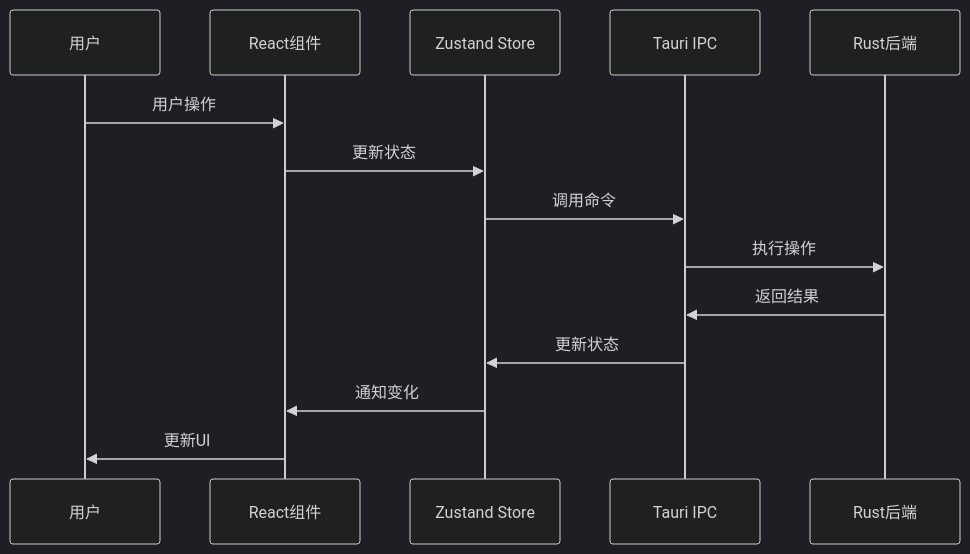
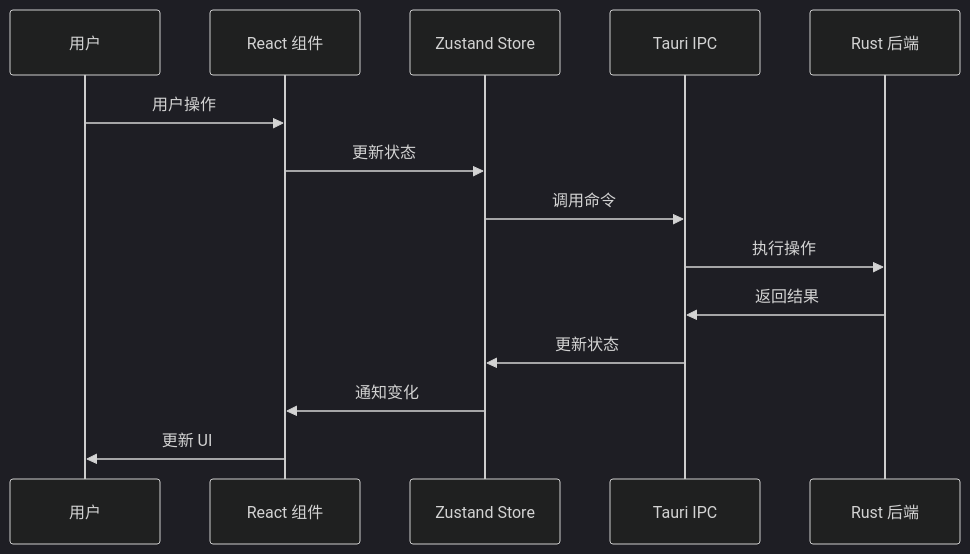
Before and after one commit to MaxQian888/cobalt-skymap: the second of 2 diagrams in docs/developer-guide/index.md, drawn with Mermaid (dark theme). The commit also changed other lines of this file and 253 other files, not shown here.

````diff
--- a/docs/developer-guide/index.md
+++ b/docs/developer-guide/index.md
@@ -254,17 +292,17 @@
 ```mermaid
 sequenceDiagram
     participant U as 用户
-    participant C as React组件
+    participant C as React 组件
     participant S as Zustand Store
     participant T as Tauri IPC
-    participant R as Rust后端
+    participant R as Rust 后端
 
     U->>C: 用户操作
     C->>S: 更新状态
     S->>T: 调用命令
     T->>R: 执行操作
     R->>T: 返回结果
     T->>S: 更新状态
     S->>C: 通知变化
-    C->>U: 更新UI
+    C->>U: 更新 UI
 ```
````
